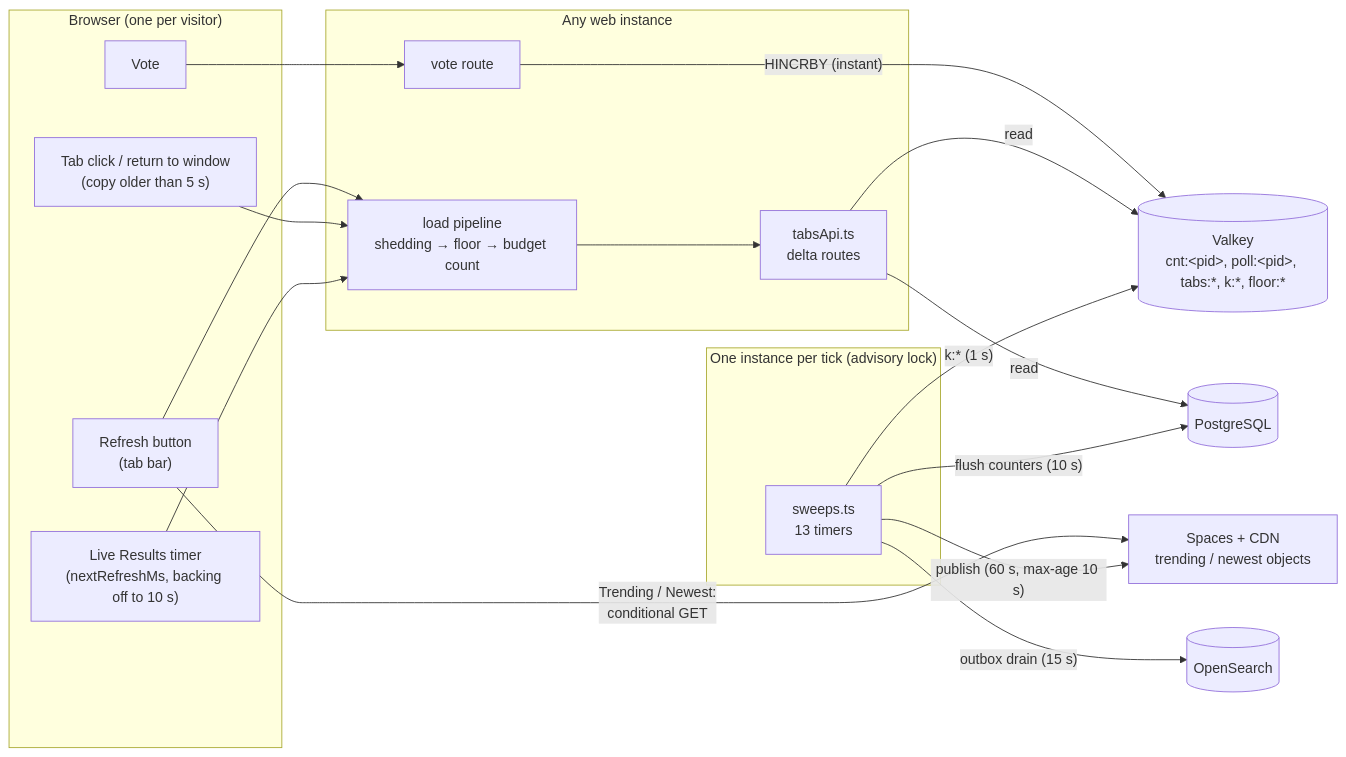
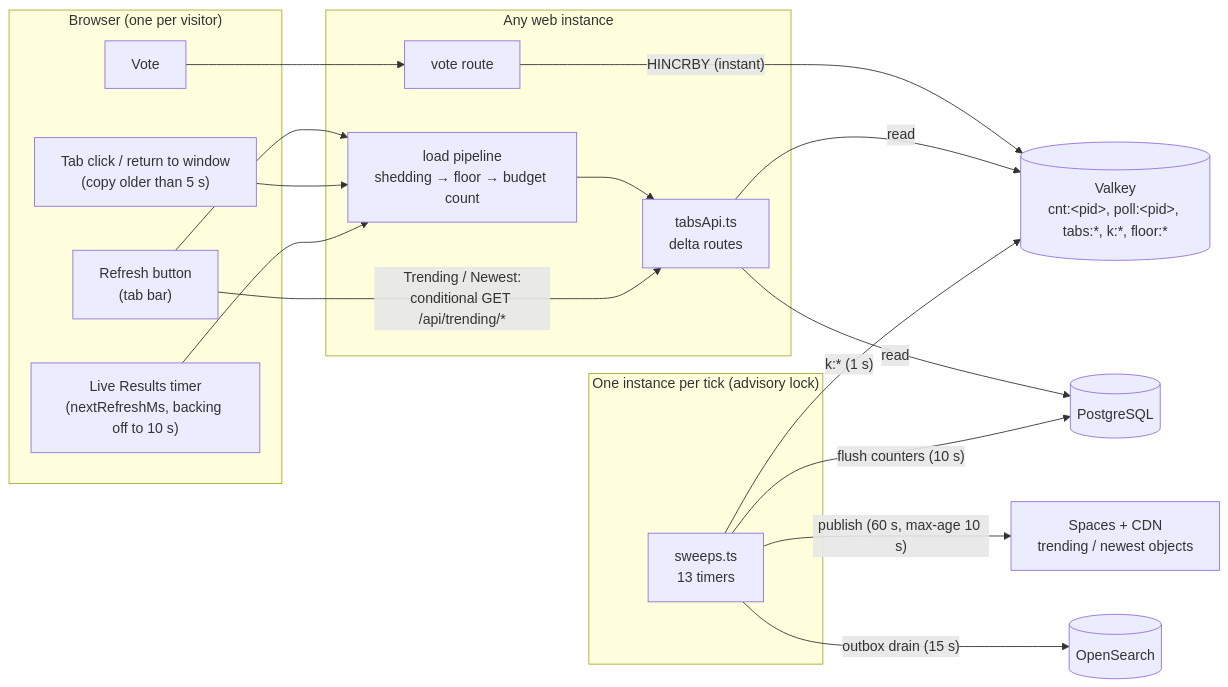
Before and after one commit to roadraceresults/crowdpoll: the sixth of 19 diagrams in ARCHITECTURE.md, drawn with Mermaid. The commit also changed other lines of this file and 5 other files, not shown here.

First line of the commit message:
TWEAK01: Trending and Newest are read from /api/trending, also with Spaces

````diff
--- a/ARCHITECTURE.md
+++ b/ARCHITECTURE.md
@@ -363,37 +363,37 @@
 ```mermaid
 flowchart LR
   subgraph Browser["Browser (one per visitor)"]
     Btn["Refresh button<br/>(tab bar)"]
     Click["Tab click / return to window<br/>(copy older than 5 s)"]
     LiveT["Live Results timer<br/>(nextRefreshMs, backing off to 10 s)"]
     VoteB["Vote"]
   end
 
   subgraph Instance["Any web instance"]
     Pipe["load pipeline<br/>shedding → floor → budget count"]
     TabsApi["tabsApi.ts<br/>delta routes"]
     VoteR["vote route"]
   end
 
   subgraph Leader["One instance per tick (advisory lock)"]
     Sweeps["sweeps.ts<br/>13 timers"]
   end
 
   Cache[("Valkey<br/>cnt:&lt;pid&gt;, poll:&lt;pid&gt;, tabs:*, k:*, floor:*")]
   PG[("PostgreSQL")]
   CDN["Spaces + CDN<br/>trending / newest objects"]
   OS[("OpenSearch")]
 
   Btn & Click --> Pipe
   LiveT --> Pipe
   Pipe --> TabsApi
   VoteB --> VoteR
   VoteR -- "HINCRBY (instant)" --> Cache
   TabsApi -- "read" --> Cache & PG
-  Btn -- "Trending / Newest:<br/>conditional GET" --> CDN
+  Btn -- "Trending / Newest:<br/>conditional GET /api/trending/*" --> TabsApi
 
   Sweeps -- "flush counters (10 s)" --> PG
   Sweeps -- "publish (60 s, max-age 10 s)" --> CDN
   Sweeps -- "outbox drain (15 s)" --> OS
   Sweeps -- "k:* (1 s)" --> Cache
 ```
````
